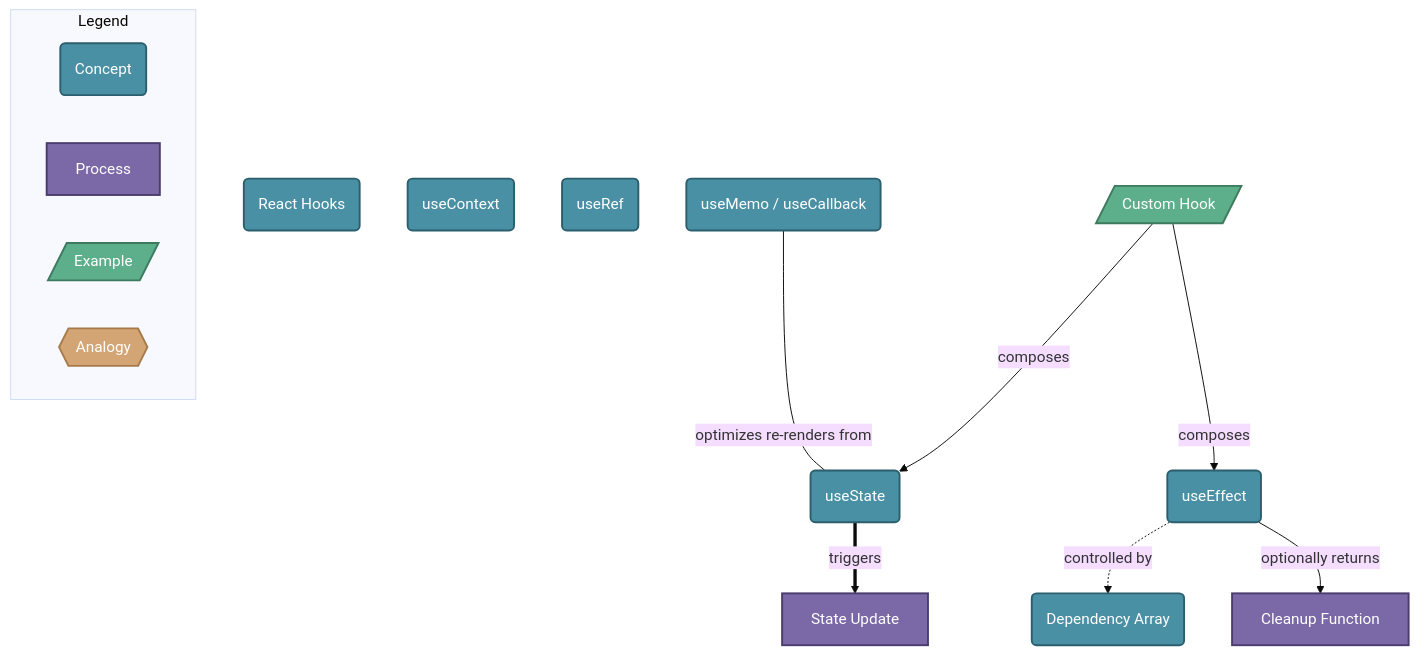
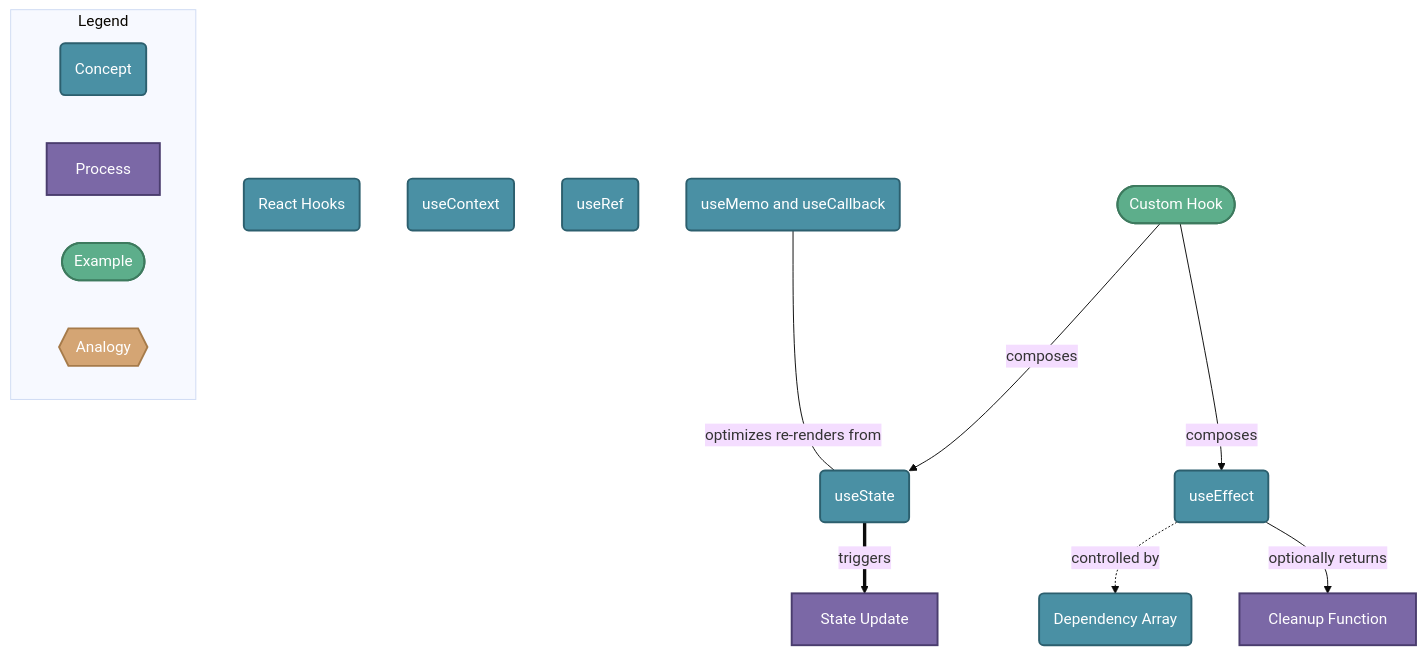
One commit to mallyadeepak/mental-model-ai changed the diagram in mental-models/react-hooks.md. Above: the diagram before and after it, drawn with Mermaid (base theme). The commit also changed other lines of this file and 6 other files, not shown here.

First line of the commit message:
fix: Quote Mermaid labels and use stadium shape for examples

````diff
--- a/mental-models/react-hooks.md
+++ b/mental-models/react-hooks.md
@@ -7,33 +7,33 @@
 ```mermaid
 flowchart TB
   classDef concept fill:#4A90A4,stroke:#2C5F6E,stroke-width:2px,color:#fff
   classDef process fill:#7B68A6,stroke:#4A3D6E,stroke-width:2px,color:#fff
   classDef example fill:#5DAE8B,stroke:#3D7A5E,stroke-width:2px,color:#fff
   classDef analogy fill:#D4A574,stroke:#A67B4A,stroke-width:2px,color:#fff
   n1(React Hooks)
   n2(useState)
   n3(useEffect)
   n4(useContext)
   n5(useRef)
-  n6(useMemo / useCallback)
+  n6(useMemo and useCallback)
   n7[State Update]
   n8(Dependency Array)
   n9[Cleanup Function]
-  n10[/Custom Hook/]
+  n10(["Custom Hook"])
   class n1,n2,n3,n4,n5,n6,n8 concept
   class n7,n9 process
   class n10 example
   n2 ==>|triggers| n7
   n3 -.->|controlled by| n8
   n3 -->|optionally returns| n9
   n10 -->|composes| n2
   n10 -->|composes| n3
   n6 ---|optimizes re-renders from| n2
 
   subgraph Legend
     L1(Concept):::concept
     L2[Process]:::process
-    L3[/Example/]:::example
+    L3(["Example"]):::example
     L4{{Analogy}}:::analogy
   end
 ```
````
